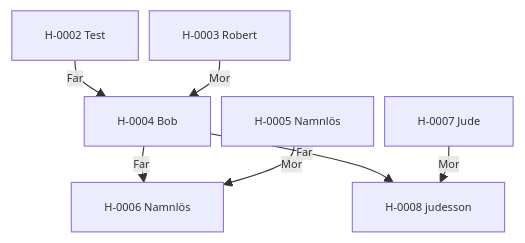
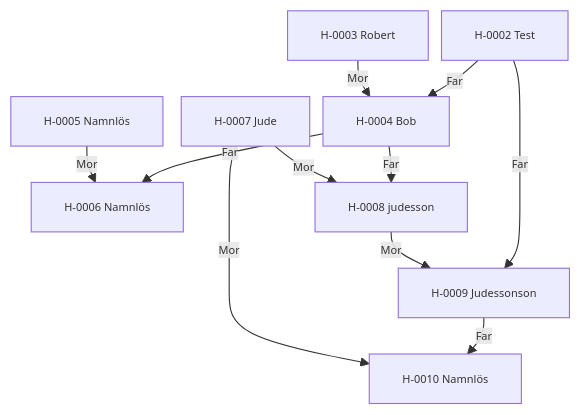
The diagram in content/02. Register/02.3 Stamtavlor/Stamtavla H-0002.md (awoltmp/horse-registry), drawn with Mermaid before and after one commit. The commit also changed other lines of this file and 39 other files, not shown here.

````diff
--- a/content/02. Register/02.3 Stamtavlor/Stamtavla H-0002.md
+++ b/content/02. Register/02.3 Stamtavlor/Stamtavla H-0002.md
@@ -23,18 +23,24 @@
 ```mermaid
 %%{init: {"flowchart": {"nodeSpacing": 10, "rankSpacing": 18, "curve": "basis", "htmlLabels": true}, "themeVariables": {"fontSize": "10px"}}}%%
 flowchart TB
     h0["H-0002 Test"]
     h1["H-0003 Robert"]
     h2["H-0004 Bob"]
     h3["H-0005 Namnlös"]
     h4["H-0006 Namnlös"]
     h5["H-0007 Jude"]
     h6["H-0008 judesson"]
+    h7["H-0009 Judessonson"]
+    h8["H-0010 Namnlös"]
     h0 -->|Far| h2
     h1 -->|Mor| h2
     h2 -->|Far| h4
     h3 -->|Mor| h4
     h2 -->|Far| h6
     h5 -->|Mor| h6
-    class h0,h1,h2,h3,h4,h5,h6 internal-link;
+    h0 -->|Far| h7
+    h6 -->|Mor| h7
+    h7 -->|Far| h8
+    h5 -->|Mor| h8
+    class h0,h1,h2,h3,h4,h5,h6,h7,h8 internal-link;
 ```
````
